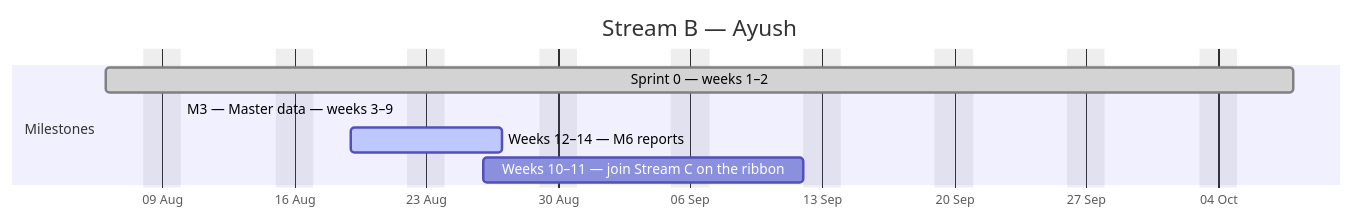
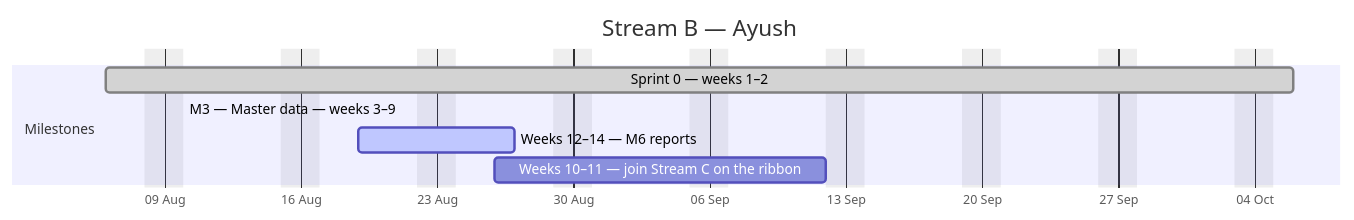
The second of 4 diagrams in docs/plan/GANTT.md (debashisedunext/EduTrack), drawn with Mermaid before and after one commit. The commit also changed other lines of this file and 3 other files, not shown here.

````diff
--- a/docs/plan/GANTT.md
+++ b/docs/plan/GANTT.md
@@ -115,12 +115,12 @@
 ```mermaid
 gantt
     dateFormat YYYY-MM-DD
     axisFormat %d %b
     title Stream B — Ayush
     excludes weekends
     section Milestones
-    Sprint 0 — weeks 1–2 :done, b0, 2026-08-06, 45d
-    M3 — Master data — weeks 3–9 :active, b1, 2026-08-10, -10d
+    Sprint 0 — weeks 1–2 :done, b0, 2026-08-06, 43d
+    M3 — Master data — weeks 3–9 :active, b1, 2026-08-10, -9d
     Weeks 12–14 — M6 reports :active, b2, 2026-08-19, 6d
     Weeks 10–11 — join Stream C on the ribbon :b3, 2026-08-26, 13d
 ```
````
